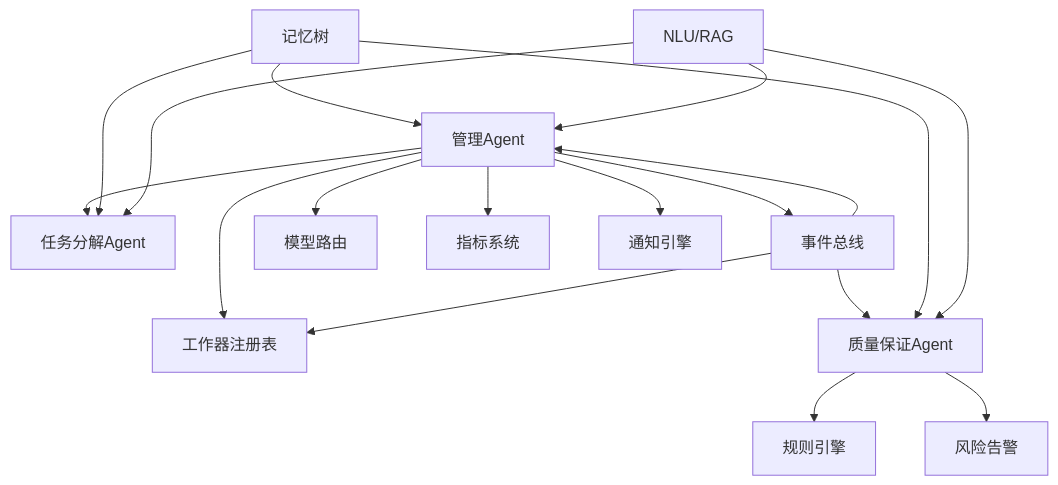
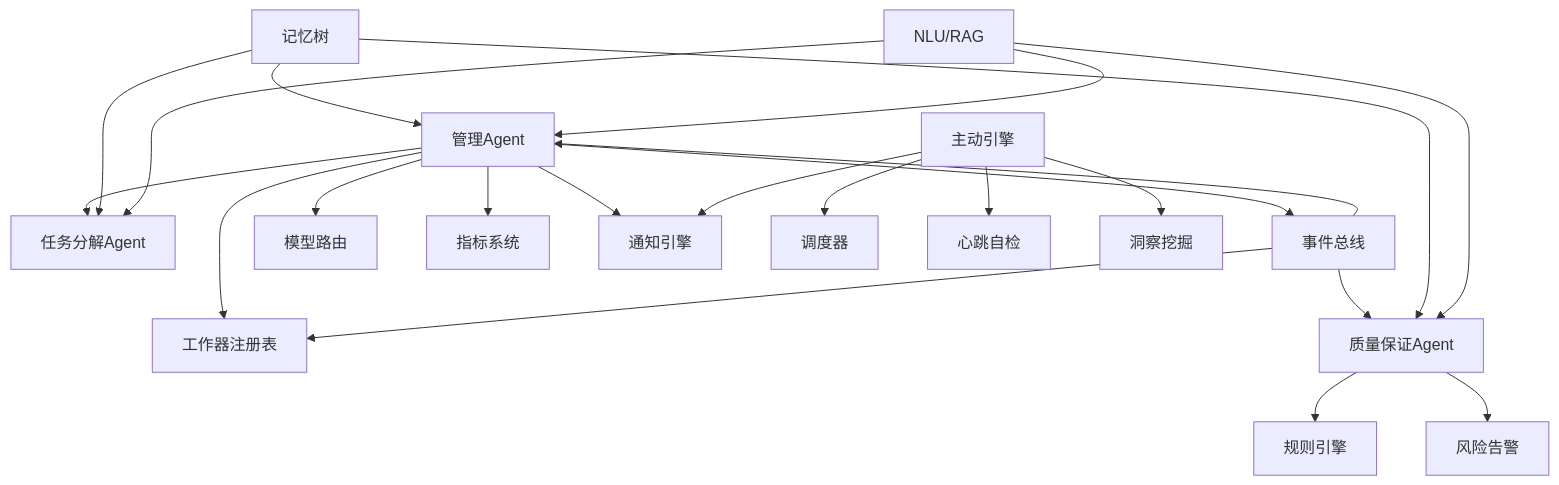
One commit to angledick/- changed diagram 12 of 12 in .qoder/repowiki/zh/content/系统架构/多Agent架构/多Agent架构.md. Above: the diagram before and after it, drawn with Mermaid. The commit also changed other lines of this file and 770 other files, not shown here.

````diff
--- a/.qoder/repowiki/zh/content/系统架构/多Agent架构/多Agent架构.md
+++ b/.qoder/repowiki/zh/content/系统架构/多Agent架构/多Agent架构.md
@@ -657,20 +684,24 @@
 ```mermaid
 graph TB
 Manager["管理Agent"] --> Decomposer["任务分解Agent"]
 Manager --> Workers["工作器注册表"]
 Manager --> EventBus["事件总线"]
 Manager --> Router["模型路由"]
 Manager --> Metrics["指标系统"]
 Manager --> Notif["通知引擎"]
 QA["质量保证Agent"] --> Rule["规则引擎"]
 QA --> Risk["风险告警"]
 EventBus --> Manager
 EventBus --> QA
 EventBus --> Workers
 Mem["记忆树"] --> Manager
 Mem --> Decomposer
 Mem --> QA
 NLU["NLU/RAG"] --> Manager
 NLU --> Decomposer
 NLU --> QA
+Proactive["主动引擎"] --> Scheduler["调度器"]
+Proactive --> Heartbeat["心跳自检"]
+Proactive --> Insights["洞察挖掘"]
+Proactive --> Notif
 ```
````
